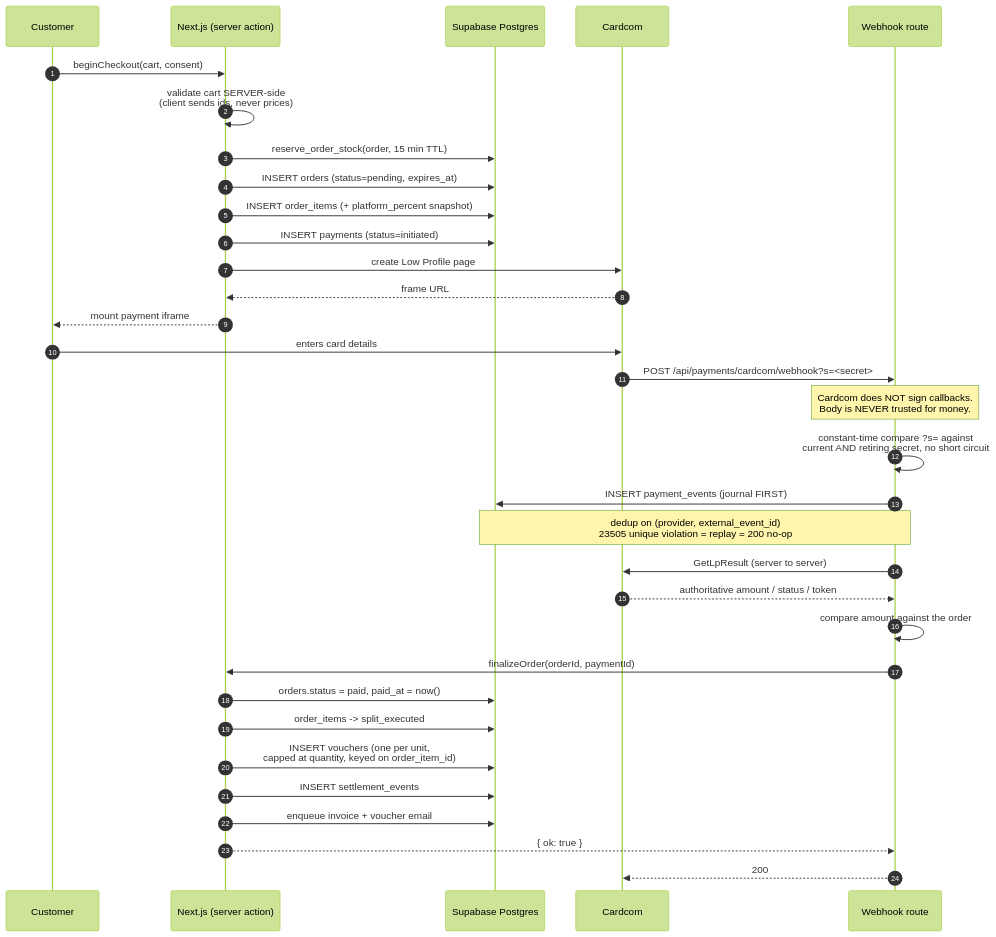
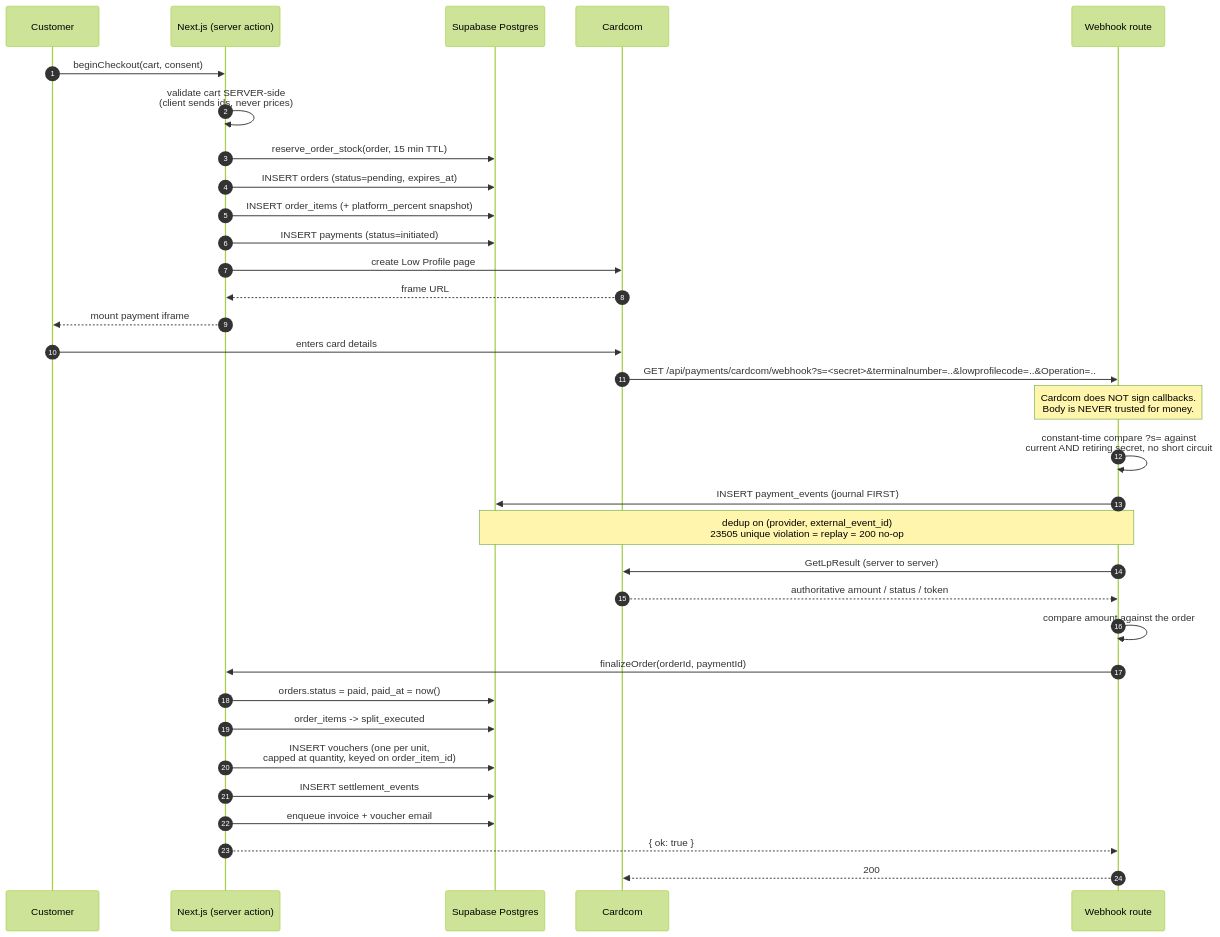
Before and after one commit to kenyonexpress/kenyonexpress: the fifth of 5 diagrams in docs/PAYMENT-FLOW.md, drawn with Mermaid (forest theme). The commit also changed other lines of this file and 15 other files, not shown here.

````diff
--- a/docs/PAYMENT-FLOW.md
+++ b/docs/PAYMENT-FLOW.md
@@ -330,39 +330,39 @@
 ```mermaid
 sequenceDiagram
     autonumber
     participant C as Customer
     participant A as Next.js (server action)
     participant DB as Supabase Postgres
     participant CC as Cardcom
     participant W as Webhook route
 
     C->>A: beginCheckout(cart, consent)
     A->>A: validate cart SERVER-side<br/>(client sends ids, never prices)
     A->>DB: reserve_order_stock(order, 15 min TTL)
     A->>DB: INSERT orders (status=pending, expires_at)
     A->>DB: INSERT order_items (+ platform_percent snapshot)
     A->>DB: INSERT payments (status=initiated)
     A->>CC: create Low Profile page
     CC-->>A: frame URL
     A-->>C: mount payment iframe
 
     C->>CC: enters card details
-    CC->>W: POST /api/payments/cardcom/webhook?s=<secret>
+    CC->>W: GET /api/payments/cardcom/webhook?s=<secret>&terminalnumber=..&lowprofilecode=..&Operation=..
 
     Note over W: Cardcom does NOT sign callbacks.<br/>Body is NEVER trusted for money.
     W->>W: constant-time compare ?s= against<br/>current AND retiring secret, no short circuit
     W->>DB: INSERT payment_events (journal FIRST)
     Note over W,DB: dedup on (provider, external_event_id)<br/>23505 unique violation = replay = 200 no-op
     W->>CC: GetLpResult (server to server)
     CC-->>W: authoritative amount / status / token
     W->>W: compare amount against the order
 
     W->>A: finalizeOrder(orderId, paymentId)
     A->>DB: orders.status = paid, paid_at = now()
     A->>DB: order_items -> split_executed
     A->>DB: INSERT vouchers (one per unit,<br/>capped at quantity, keyed on order_item_id)
     A->>DB: INSERT settlement_events
     A->>DB: enqueue invoice + voucher email
     A-->>W: { ok: true }
     W-->>CC: 200
 ```
````
